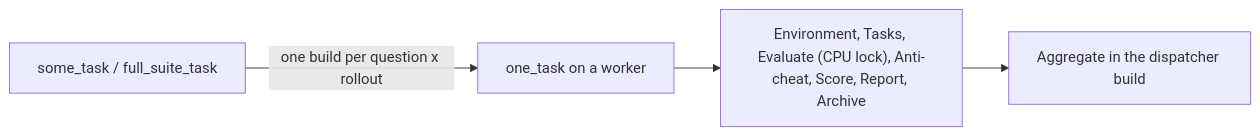
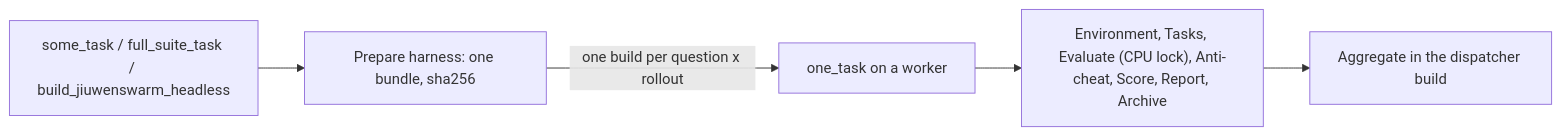
Before and after one commit to MichaelLing83/mac-k3d: the diagram in docs/jenkins-jobs.md, drawn with Mermaid. The commit also changed other lines of this file and 82 other files, not shown here.

Commit message:
JiuwenSwarm harness on DeepSWE and a prepare-once harness store

````diff
--- a/docs/jenkins-jobs.md
+++ b/docs/jenkins-jobs.md
@@ -11,6 +14,7 @@
 ```mermaid
 flowchart LR
-  some["some_task / full_suite_task"] -->|"one build per question x rollout"| one["one_task on a worker"]
+  some["some_task / full_suite_task / build_jiuwenswarm_headless"] --> prep["Prepare harness: one bundle, sha256"]
+  prep -->|"one build per question x rollout"| one["one_task on a worker"]
   one --> stages["Environment, Tasks, Evaluate (CPU lock), Anti-cheat, Score, Report, Archive"]
   stages --> agg["Aggregate in the dispatcher build"]
 ```
````
